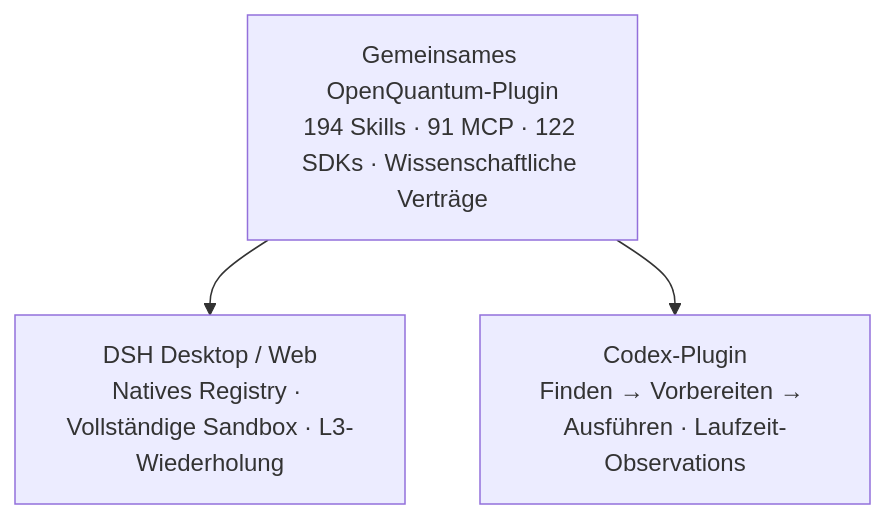
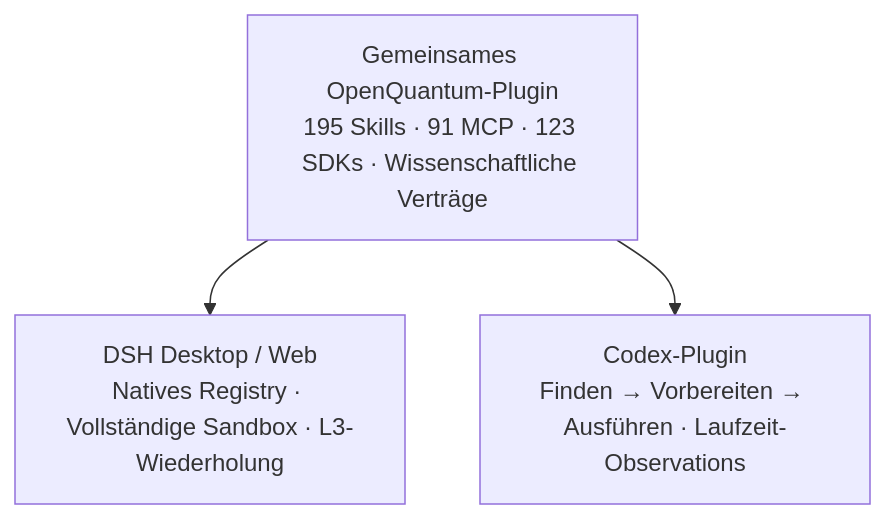
Before and after one commit to xi-zhao/OpenQuantum: the diagram in docs/readme/README.de.md, drawn with Mermaid. The commit also changed other lines of this file and 23 other files, not shown here.

````diff
--- a/docs/readme/README.de.md
+++ b/docs/readme/README.de.md
@@ -201,6 +202,6 @@
 ```mermaid
 flowchart TB
-  Shared["Gemeinsames OpenQuantum-Plugin<br/>194 Skills · 91 MCP · 122 SDKs · Wissenschaftliche Verträge"]
+  Shared["Gemeinsames OpenQuantum-Plugin<br/>195 Skills · 91 MCP · 123 SDKs · Wissenschaftliche Verträge"]
   Shared --> DSH["DSH Desktop / Web<br/>Natives Registry · Vollständige Sandbox · L3-Wiederholung"]
   Shared --> CDX["Codex-Plugin<br/>Finden → Vorbereiten → Ausführen · Laufzeit-Observations"]
 ```
````
